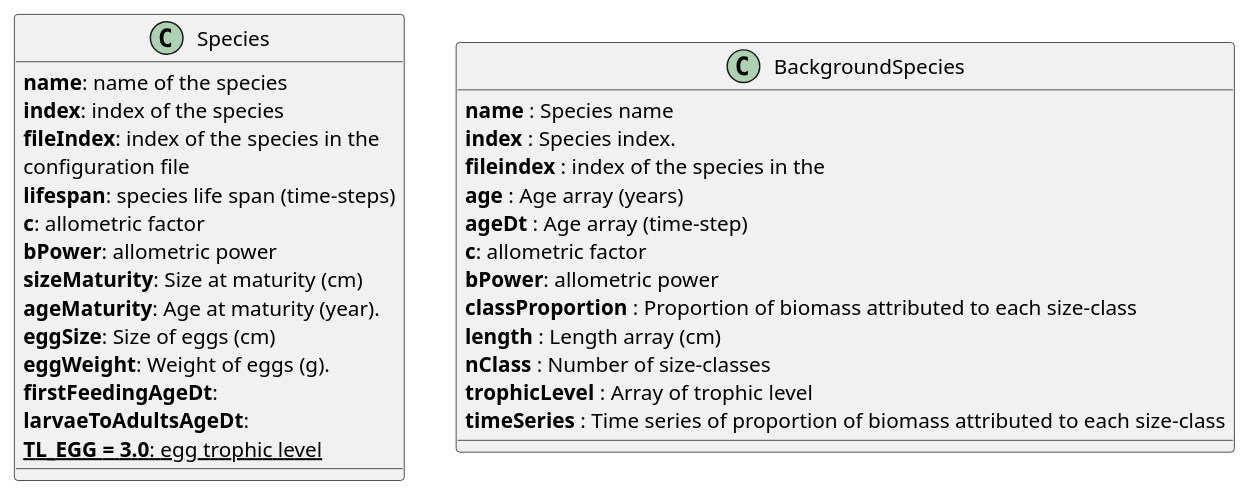
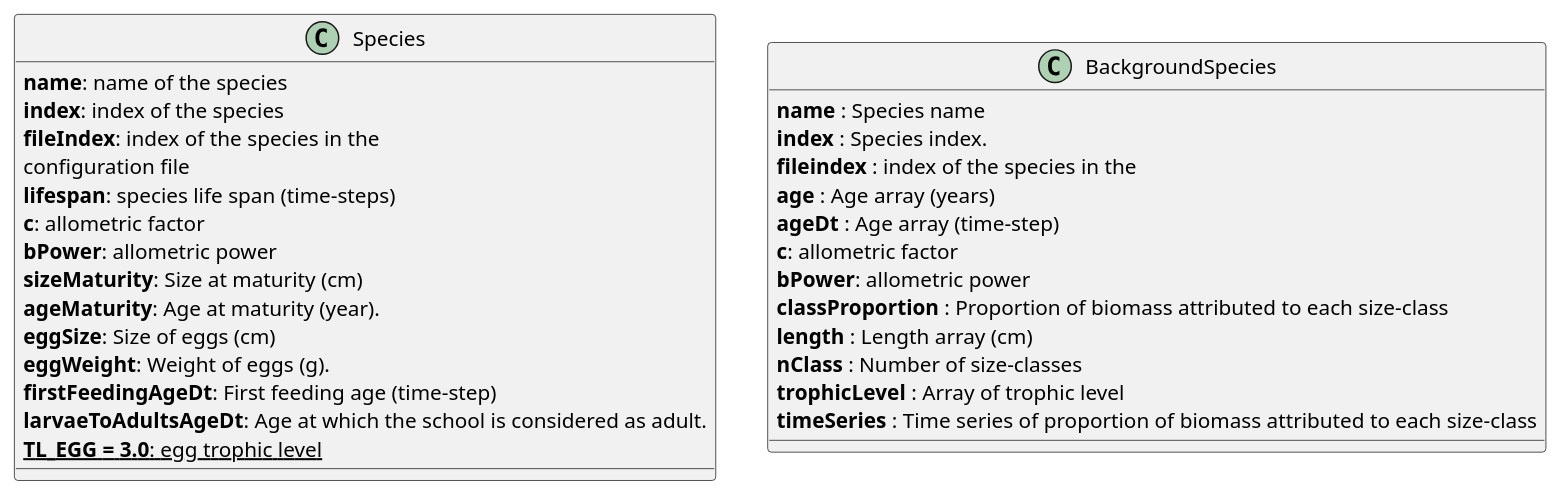
One commit to osmose-model/osmose changed the diagram in doc/odd_des/_static/species.puml. Above: the diagram before and after it, drawn with PlantUML. The commit also changed 1 other file, not shown here.

Commit message:
update diagrams

```diff
--- a/doc/odd_des/_static/species.puml
+++ b/doc/odd_des/_static/species.puml
@@ -1,34 +1,34 @@
 @startuml
 class Species {
   {field} <b>name</b>: name of the species
   {field} <b>index</b>: index of the species
   {field} <b>fileIndex</b>: index of the species in the
   {field} configuration file
   {field} <b>lifespan</b>: species life span (time-steps)
   {field} <b>c</b>: allometric factor
   {field} <b>bPower</b>: allometric power
   {field} <b>sizeMaturity</b>: Size at maturity (cm)
   {field} <b>ageMaturity</b>: Age at maturity (year).
   {field} <b>eggSize</b>: Size of eggs (cm)
   {field} <b>eggWeight</b>: Weight of eggs (g).
-  {field} <b>firstFeedingAgeDt</b>:
-  {field} <b>larvaeToAdultsAgeDt</b>:
+  {field} <b>firstFeedingAgeDt</b>: First feeding age (time-step)
+  {field} <b>larvaeToAdultsAgeDt</b>: Age at which the school is considered as adult.
   {static} <b>TL_EGG = 3.0</b>: egg trophic level
 }
 
 class BackgroundSpecies {
 	{field} <b>name</b> : Species name
 	{field} <b>index</b> : Species index.
 	{field} <b>fileindex</b> : index of the species in the
 	{field} <b>age</b> : Age array (years)
 	{field} <b>ageDt</b> : Age array (time-step)
   {field} <b>c</b>: allometric factor
   {field} <b>bPower</b>: allometric power
 	{field} <b>classProportion</b> : Proportion of biomass attributed to each size-class
 	{field} <b>length</b> : Length array (cm)
 	{field} <b>nClass</b> : Number of size-classes
 	{field} <b>trophicLevel</b> : Array of trophic level
   {field} <b>timeSeries</b> : Time series of proportion of biomass attributed to each size-class
 }
 
 @enduml
```
